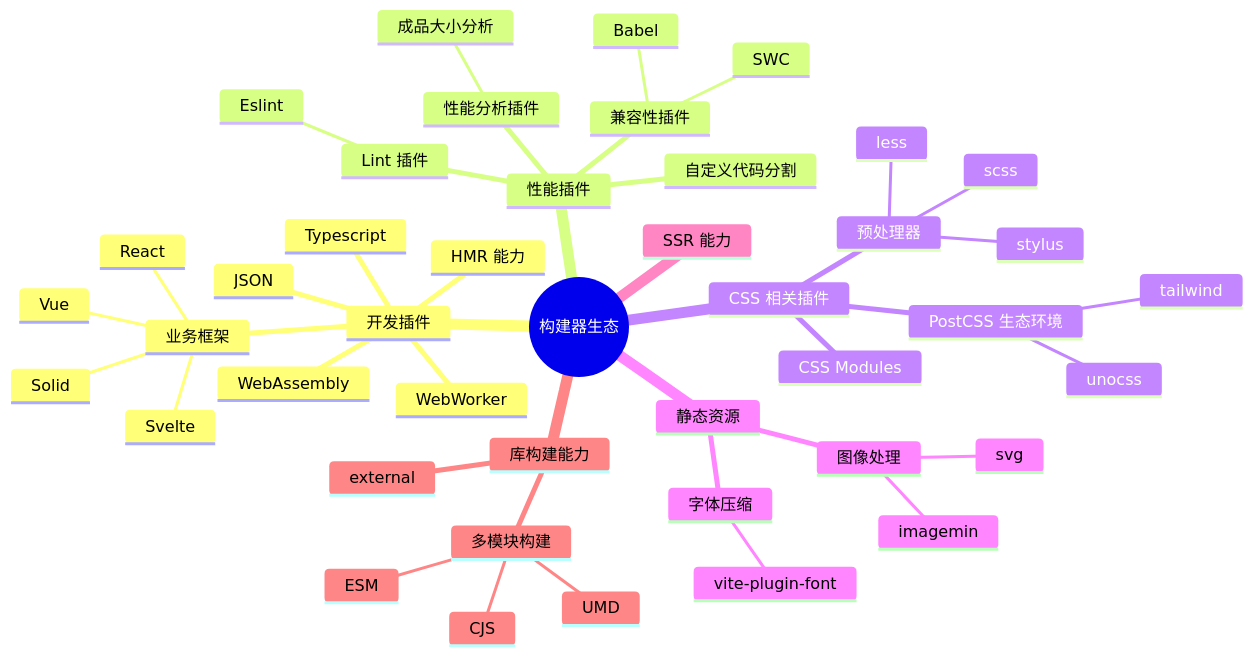
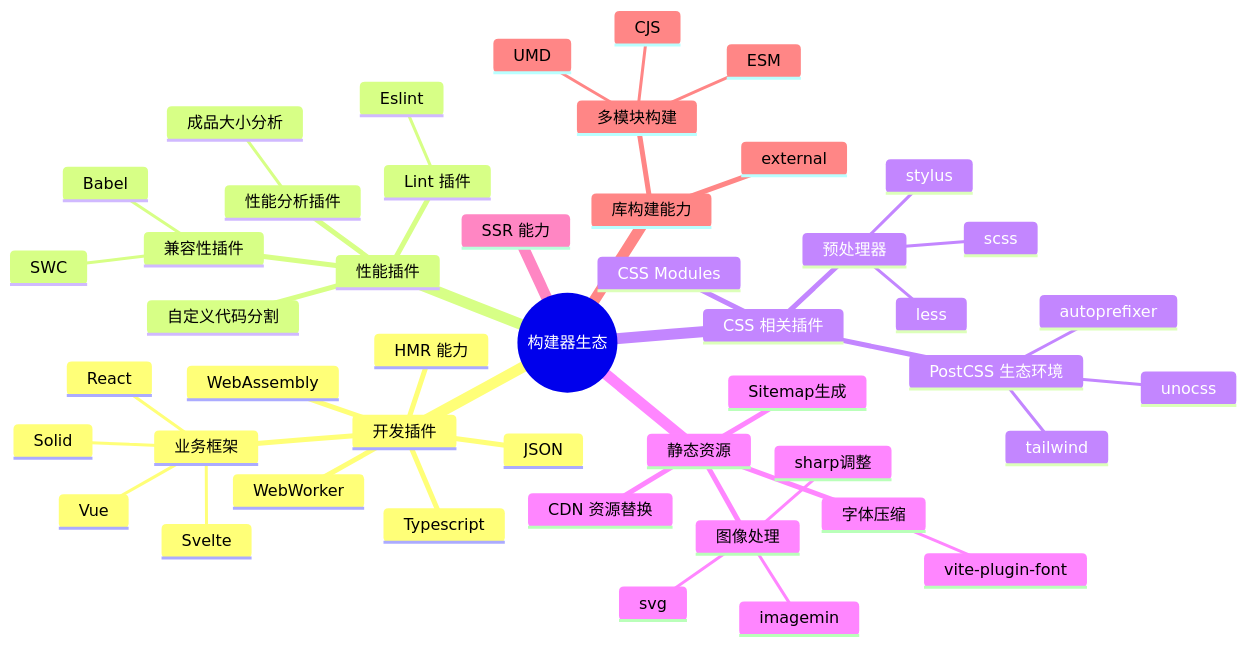
Before and after one commit to KonghaYao/my-mind: the diagram in BundlerPlugin.md, drawn with Mermaid. The commit also changed 1 other file, not shown here.

Commit message:
feat: 更新文档

````diff
--- a/BundlerPlugin.md
+++ b/BundlerPlugin.md
@@ -5,47 +5,51 @@
 ```mermaid
 mindmap
   root((构建器生态))
     开发插件
         业务框架
             Vue
             React
             Solid
             Svelte
         Typescript
         WebWorker
         WebAssembly
         JSON
         HMR 能力
     性能插件
         兼容性插件
             Babel
             SWC
         性能分析插件
             成品大小分析
         Lint 插件
             Eslint
         自定义代码分割
     CSS 相关插件
         预处理器
             less
             scss
             stylus
         PostCSS 生态环境
             tailwind
             unocss
+            autoprefixer
         CSS Modules
     静态资源
         图像处理
             imagemin
+            sharp调整
             svg
         字体压缩
             vite-plugin-font
+        Sitemap生成
+        CDN 资源替换
     SSR 能力
     库构建能力
         多模块构建
             CJS
             ESM
             UMD
         external
         
 ```
````
